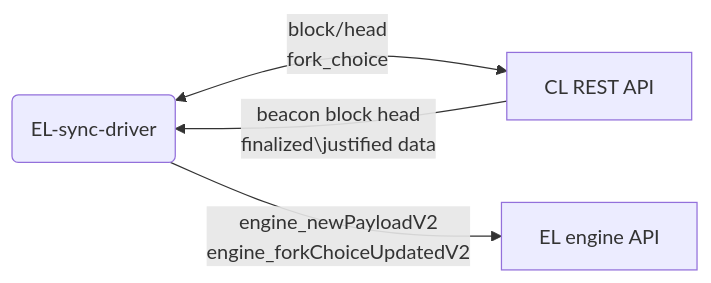
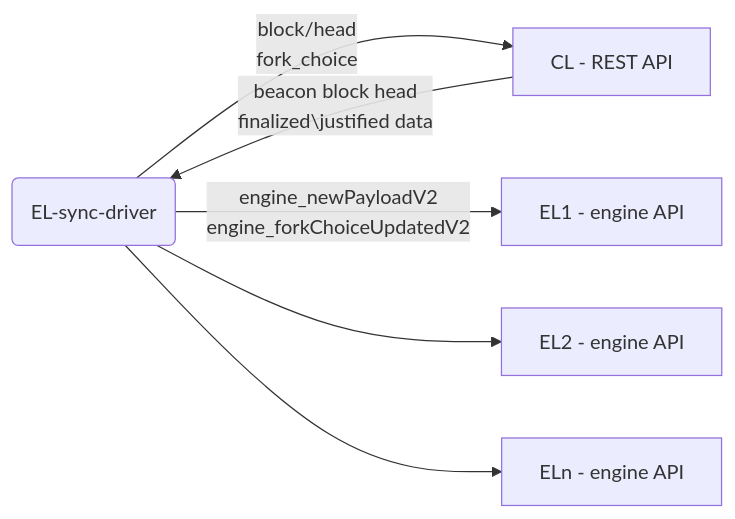
Before and after one commit to tbenr/el-sync-driver: the diagram in README.md, drawn with Mermaid.

````diff
--- a/README.md
+++ b/README.md
@@ -7,6 +7,8 @@
 ```mermaid
 graph LR
-    B(EL-sync-driver) <-- block/head<br />fork_choice --> C[CL REST API]
+    B(EL-sync-driver) -- block/head<br />fork_choice --> C[CL - REST API]
     C -- beacon block head<br />finalized\justified data--> B
-    B -- engine_newPayloadV2<br />engine_forkChoiceUpdatedV2 --> D[EL engine API]
+    B -- engine_newPayloadV2<br />engine_forkChoiceUpdatedV2 --> D[EL1 - engine API]
+    B --> E[EL2 - engine API]
+    B --> F[ELn - engine API]
 ```
````
